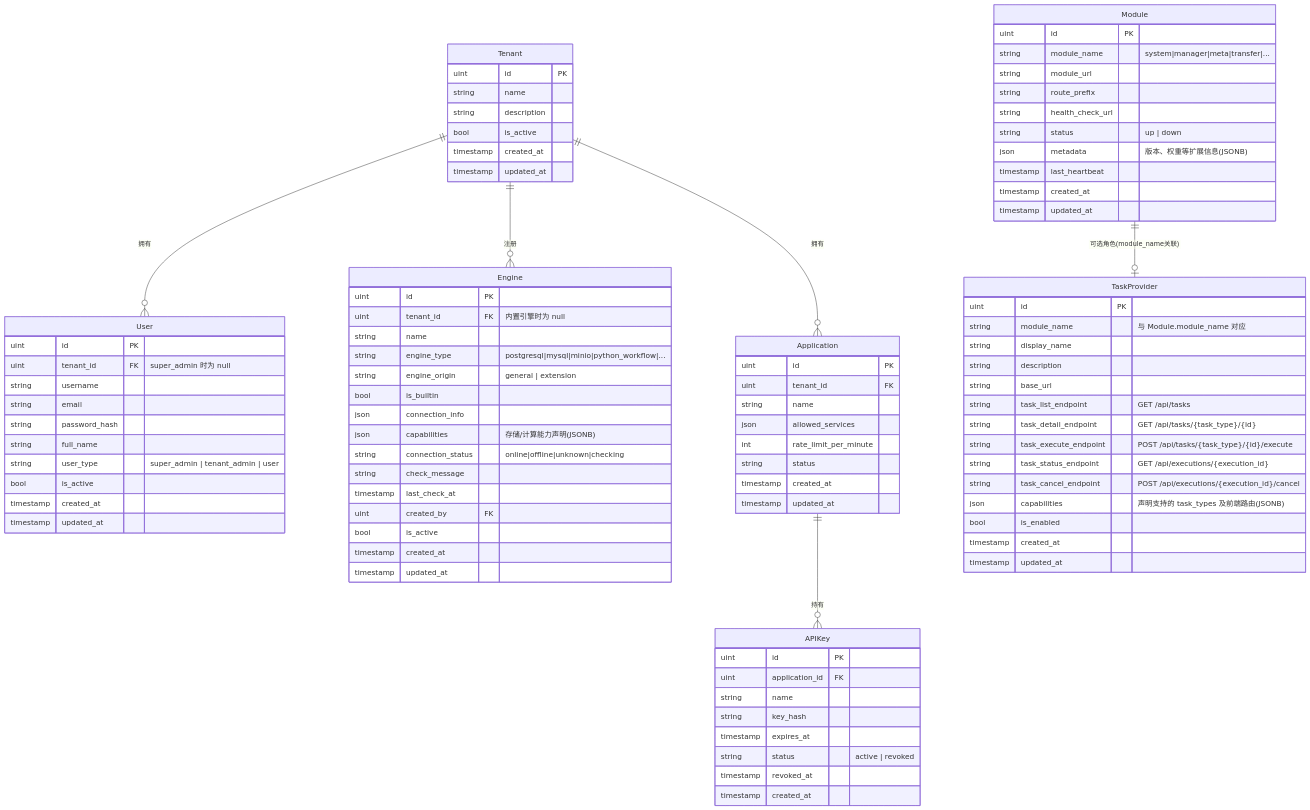
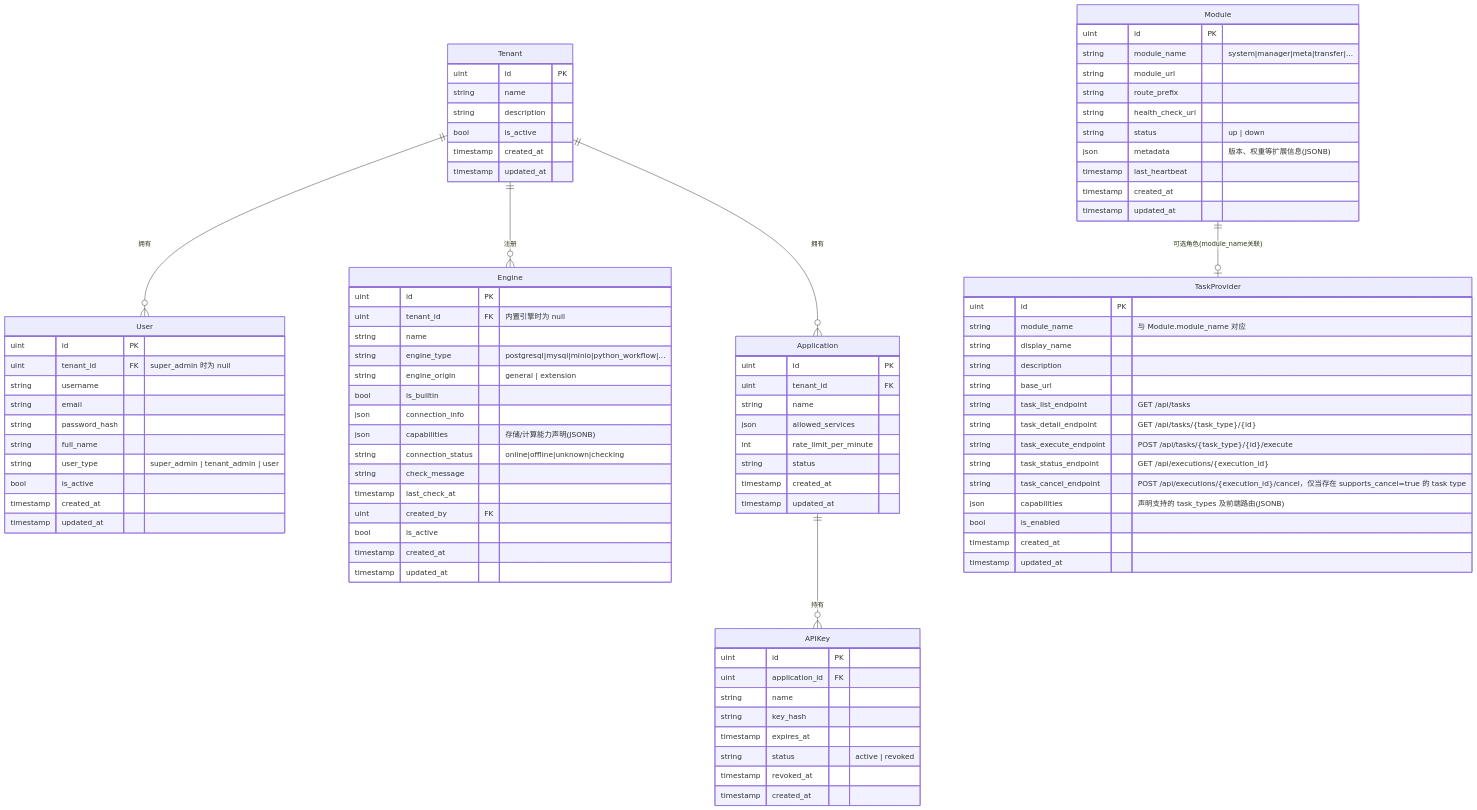
Before and after one commit to pampa0629/addp: the first of 9 diagrams in docs/concepts/addp核心对象ER图（元模型）.md, drawn with Mermaid. The commit also changed 87 other files, not shown here.

```diff
--- a/docs/concepts/addp核心对象ER图（元模型）.md
+++ b/docs/concepts/addp核心对象ER图（元模型）.md
@@ -274,7 +274,7 @@
         string task_detail_endpoint "GET /api/tasks/{task_type}/{id}"
         string task_execute_endpoint "POST /api/tasks/{task_type}/{id}/execute"
         string task_status_endpoint "GET /api/executions/{execution_id}"
-        string task_cancel_endpoint "POST /api/executions/{execution_id}/cancel"
+        string task_cancel_endpoint "POST /api/executions/{execution_id}/cancel，仅当存在 supports_cancel=true 的 task type"
         json capabilities "声明支持的 task_types 及前端路由(JSONB)"
         bool is_enabled
         timestamp created_at
```
